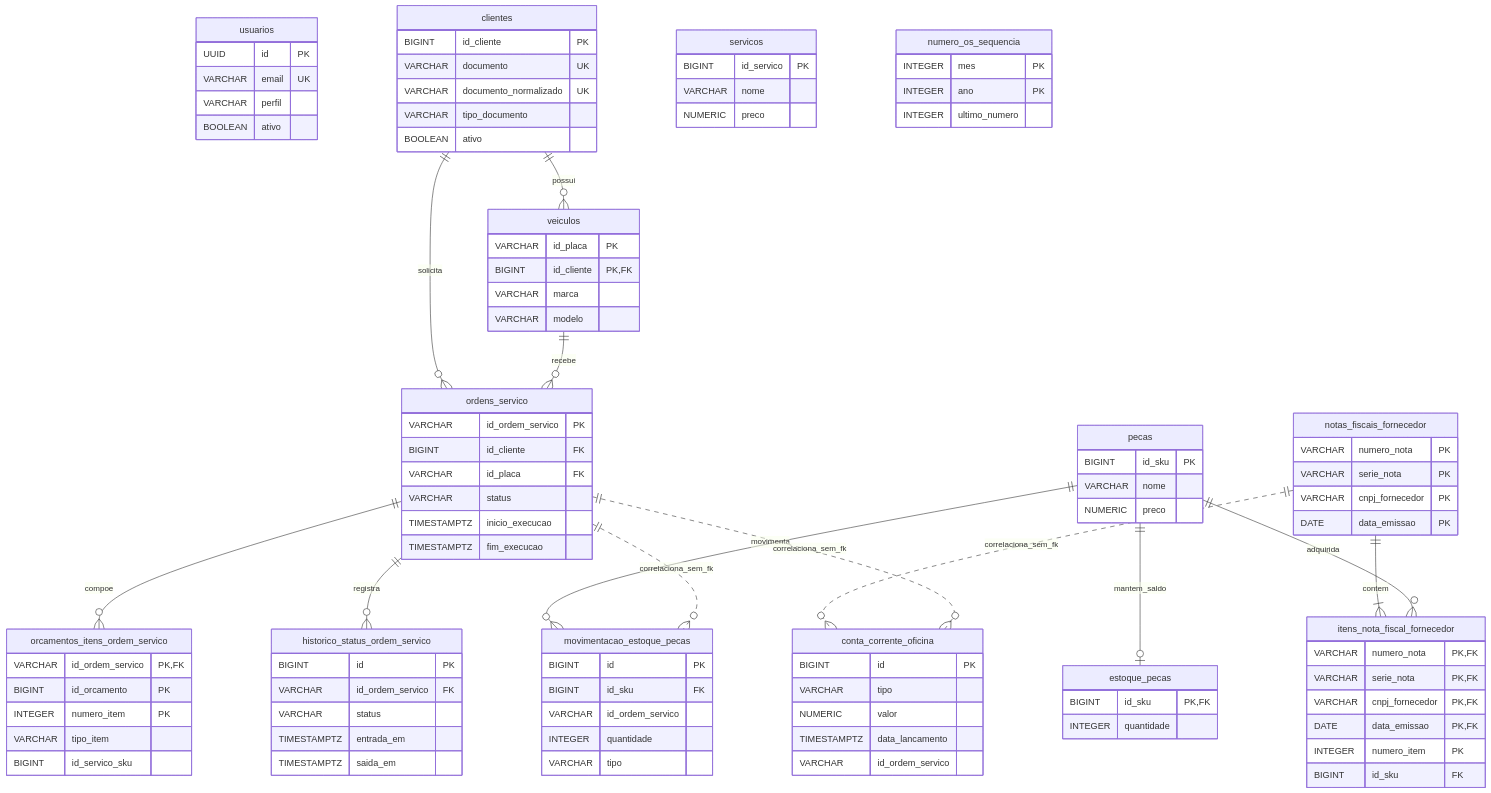
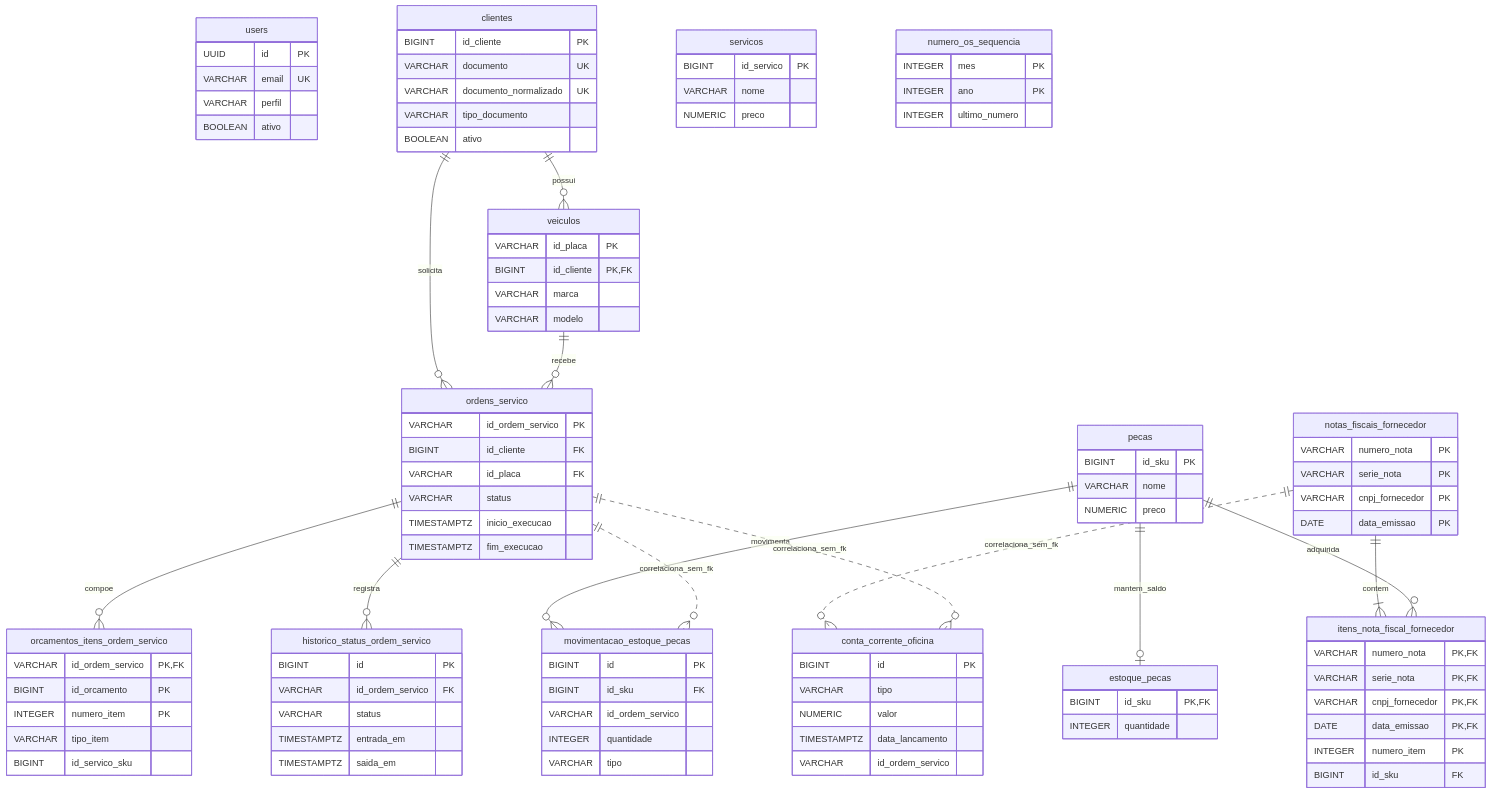
The diagram in docs/diagrams/er-model.mmd (tiagomiele/fiap-tech-challenge-fase3-oficina-database-infra), drawn with Mermaid before and after one commit.

Commit message:
Rename 'usuarios' to 'users' in ER diagram

```diff
--- a/docs/diagrams/er-model.mmd
+++ b/docs/diagrams/er-model.mmd
@@ -1,102 +1,102 @@
 erDiagram
-    usuarios {
+    users {
         UUID id PK
         VARCHAR email UK
         VARCHAR perfil
         BOOLEAN ativo
     }
     clientes {
         BIGINT id_cliente PK
         VARCHAR documento UK
         VARCHAR documento_normalizado UK
         VARCHAR tipo_documento
         BOOLEAN ativo
     }
     veiculos {
         VARCHAR id_placa PK
         BIGINT id_cliente PK,FK
         VARCHAR marca
         VARCHAR modelo
     }
     servicos {
         BIGINT id_servico PK
         VARCHAR nome
         NUMERIC preco
     }
     pecas {
         BIGINT id_sku PK
         VARCHAR nome
         NUMERIC preco
     }
     estoque_pecas {
         BIGINT id_sku PK,FK
         INTEGER quantidade
     }
     movimentacao_estoque_pecas {
         BIGINT id PK
         BIGINT id_sku FK
         VARCHAR id_ordem_servico
         INTEGER quantidade
         VARCHAR tipo
     }
     notas_fiscais_fornecedor {
         VARCHAR numero_nota PK
         VARCHAR serie_nota PK
         VARCHAR cnpj_fornecedor PK
         DATE data_emissao PK
     }
     itens_nota_fiscal_fornecedor {
         VARCHAR numero_nota PK,FK
         VARCHAR serie_nota PK,FK
         VARCHAR cnpj_fornecedor PK,FK
         DATE data_emissao PK,FK
         INTEGER numero_item PK
         BIGINT id_sku FK
     }
     numero_os_sequencia {
         INTEGER mes PK
         INTEGER ano PK
         INTEGER ultimo_numero
     }
     ordens_servico {
         VARCHAR id_ordem_servico PK
         BIGINT id_cliente FK
         VARCHAR id_placa FK
         VARCHAR status
         TIMESTAMPTZ inicio_execucao
         TIMESTAMPTZ fim_execucao
     }
     orcamentos_itens_ordem_servico {
         VARCHAR id_ordem_servico PK,FK
         BIGINT id_orcamento PK
         INTEGER numero_item PK
         VARCHAR tipo_item
         BIGINT id_servico_sku
     }
     historico_status_ordem_servico {
         BIGINT id PK
         VARCHAR id_ordem_servico FK
         VARCHAR status
         TIMESTAMPTZ entrada_em
         TIMESTAMPTZ saida_em
     }
     conta_corrente_oficina {
         BIGINT id PK
         VARCHAR tipo
         NUMERIC valor
         TIMESTAMPTZ data_lancamento
         VARCHAR id_ordem_servico
     }
 
     clientes ||--o{ veiculos : possui
     clientes ||--o{ ordens_servico : solicita
     veiculos ||--o{ ordens_servico : recebe
     pecas ||--o| estoque_pecas : mantem_saldo
     pecas ||--o{ movimentacao_estoque_pecas : movimenta
     notas_fiscais_fornecedor ||--|{ itens_nota_fiscal_fornecedor : contem
     pecas ||--o{ itens_nota_fiscal_fornecedor : adquirida
     ordens_servico ||--o{ orcamentos_itens_ordem_servico : compoe
     ordens_servico ||--o{ historico_status_ordem_servico : registra
     notas_fiscais_fornecedor ||..o{ conta_corrente_oficina : correlaciona_sem_fk
     ordens_servico ||..o{ movimentacao_estoque_pecas : correlaciona_sem_fk
     ordens_servico ||..o{ conta_corrente_oficina : correlaciona_sem_fk
```
